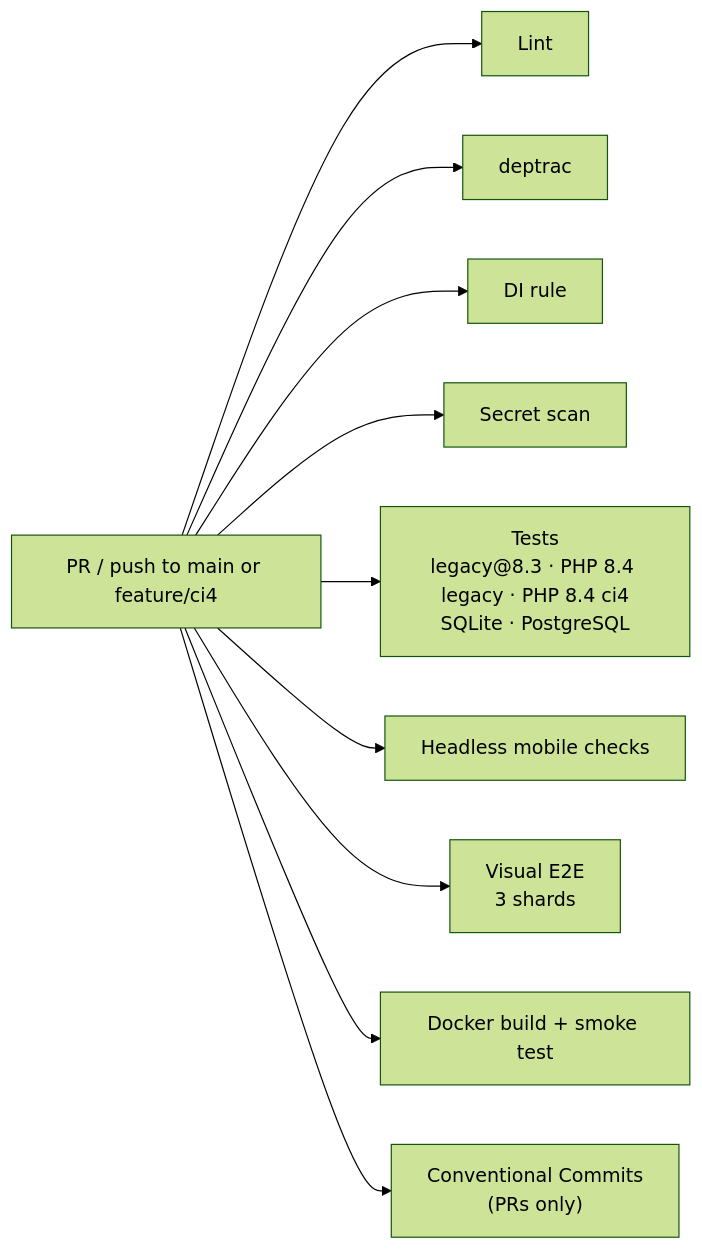
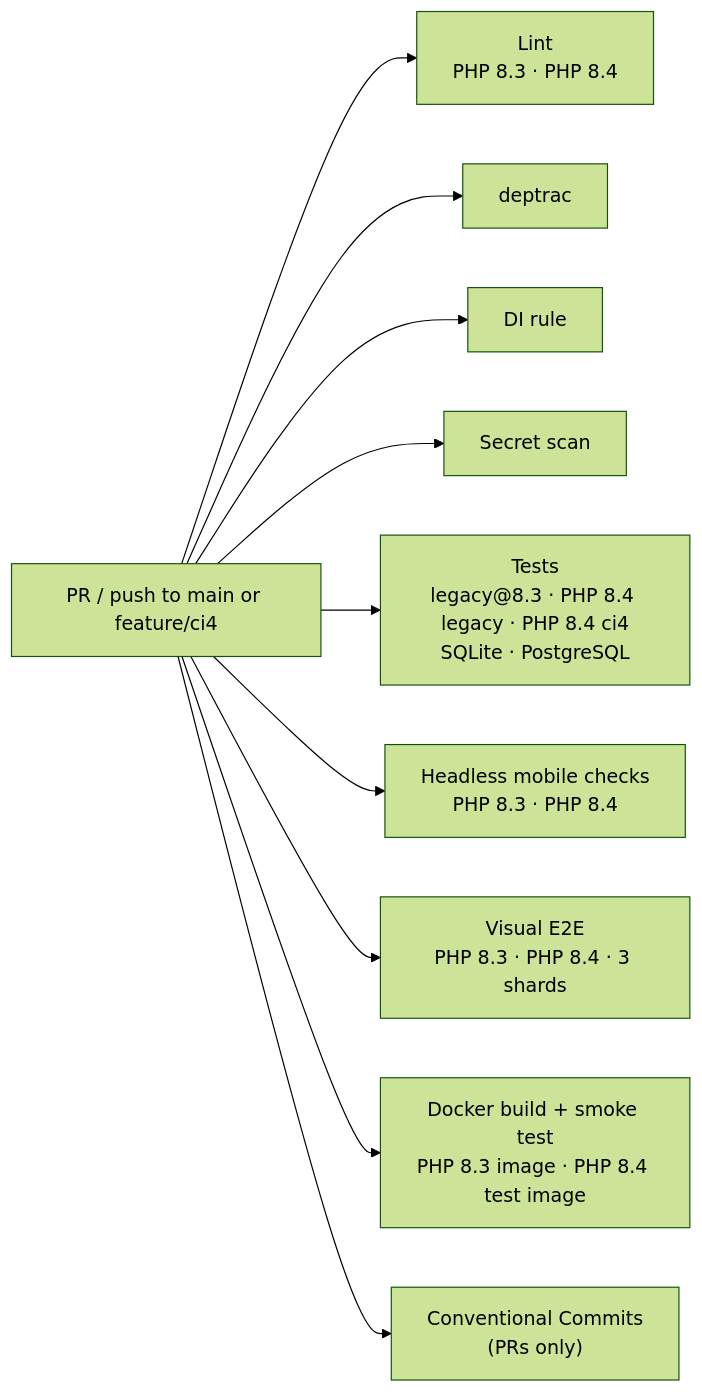
One commit to thordin9/apotheke changed the diagram in docs/ci.md. Above: the diagram before and after it, drawn with Mermaid (forest theme). The commit also changed other lines of this file and 12 other files, not shown here.

````diff
--- a/docs/ci.md
+++ b/docs/ci.md
@@ -12,12 +12,12 @@
 ```mermaid
 flowchart LR
-  push["PR / push to main or feature/ci4"] --> lint["Lint"]
+  push["PR / push to main or feature/ci4"] --> lint["Lint<br/>PHP 8.3 · PHP 8.4"]
   push --> deptrac["deptrac"]
   push --> di["DI rule"]
   push --> secrets["Secret scan"]
   push --> test["Tests<br/>legacy@8.3 · PHP 8.4 legacy · PHP 8.4 ci4<br/>SQLite · PostgreSQL"]
-  push --> mobile["Headless mobile checks"]
-  push --> e2e["Visual E2E<br/>3 shards"]
-  push --> docker["Docker build + smoke test"]
+  push --> mobile["Headless mobile checks<br/>PHP 8.3 · PHP 8.4"]
+  push --> e2e["Visual E2E<br/>PHP 8.3 · PHP 8.4 · 3 shards"]
+  push --> docker["Docker build + smoke test<br/>PHP 8.3 image · PHP 8.4 test image"]
   push --> commits["Conventional Commits<br/>(PRs only)"]
 ```
````
